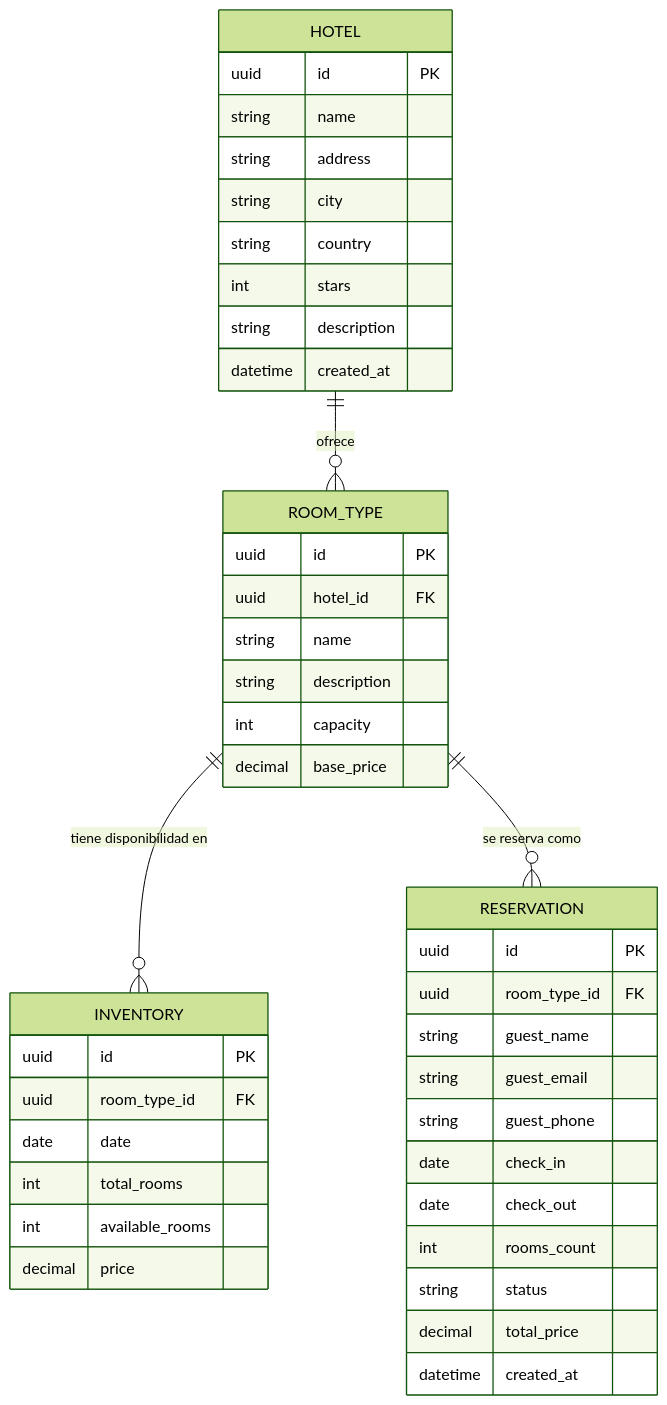
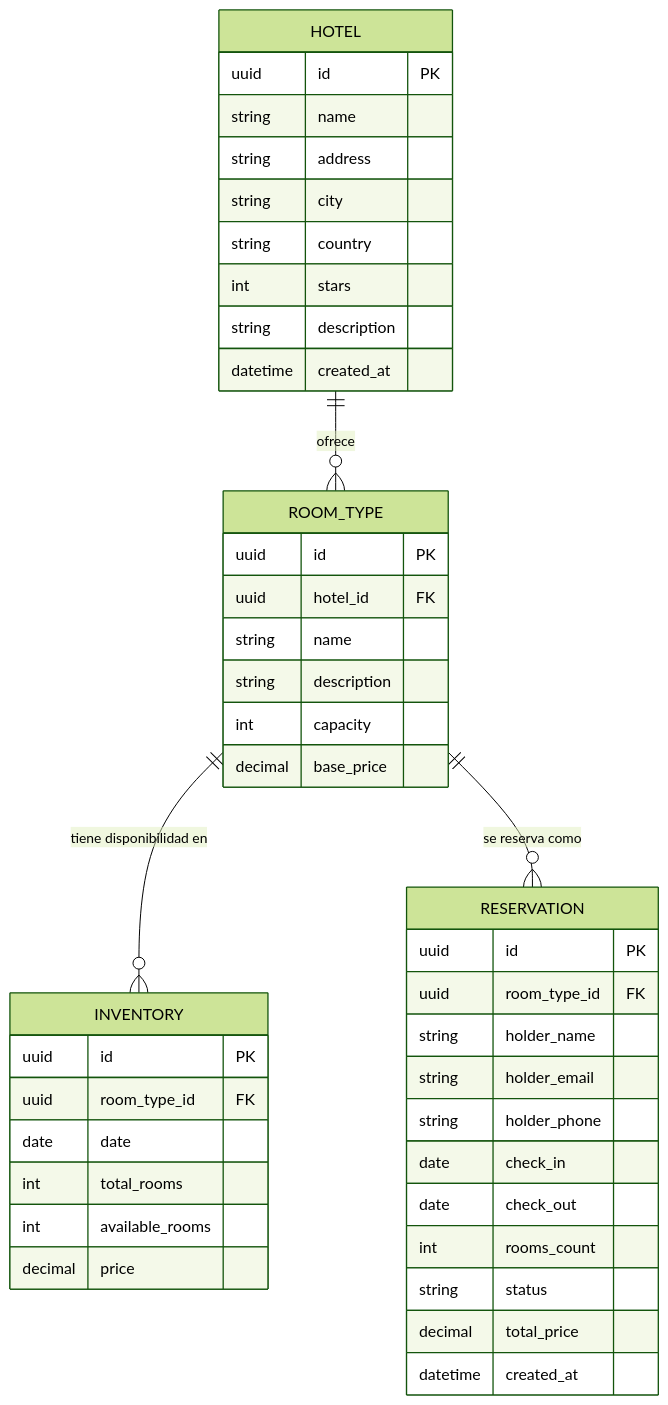
One commit to abrahammordev/fdsda-altairis-backoffice changed the diagram in docs/diagrama-er.md. Above: the diagram before and after it, drawn with Mermaid (forest theme). The commit also changed other lines of this file and 108 other files, not shown here.

````diff
--- a/docs/diagrama-er.md
+++ b/docs/diagrama-er.md
@@ -5,49 +5,49 @@
 ```mermaid
 erDiagram
     HOTEL ||--o{ ROOM_TYPE : "ofrece"
     ROOM_TYPE ||--o{ INVENTORY : "tiene disponibilidad en"
     ROOM_TYPE ||--o{ RESERVATION : "se reserva como"
 
     HOTEL {
         uuid id PK
         string name
         string address
         string city
         string country
         int stars
         string description
         datetime created_at
     }
 
     ROOM_TYPE {
         uuid id PK
         uuid hotel_id FK
         string name
         string description
         int capacity
         decimal base_price
     }
 
     INVENTORY {
         uuid id PK
         uuid room_type_id FK
         date date
         int total_rooms
         int available_rooms
         decimal price
     }
 
     RESERVATION {
         uuid id PK
         uuid room_type_id FK
-        string guest_name
-        string guest_email
-        string guest_phone
+        string holder_name
+        string holder_email
+        string holder_phone
         date check_in
         date check_out
         int rooms_count
         string status
         decimal total_price
         datetime created_at
     }
 ```
````
